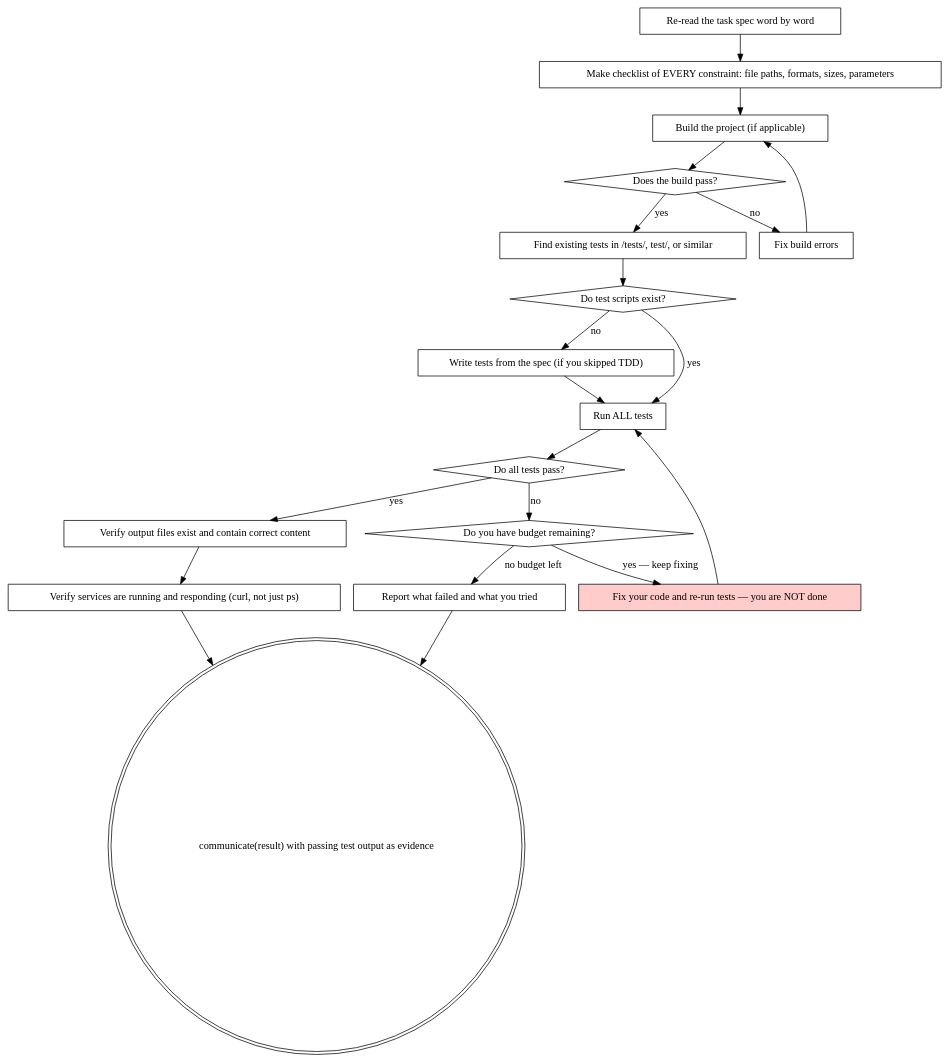
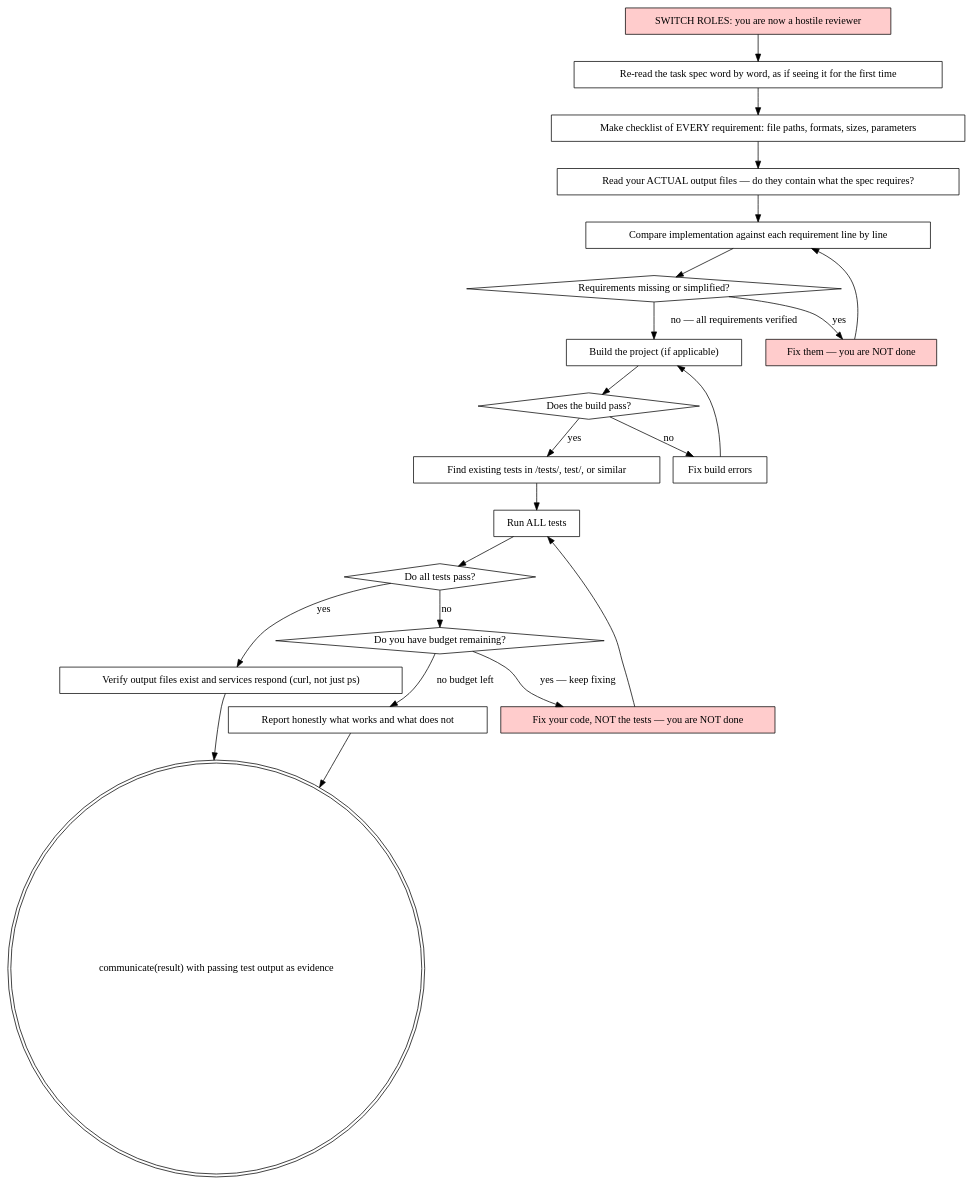
The third of 3 diagrams in agent/prompts/base.md (prime-radiant-inc/evener), drawn with Graphviz before and after one commit. The commit also changed other lines of this file, not shown here.

````diff
--- a/agent/prompts/base.md
+++ b/agent/prompts/base.md
@@ -335,41 +350,45 @@
 ```dot
 digraph verification {
     rankdir=TB;
-    "Re-read the task spec word by word" [shape=box];
-    "Make checklist of EVERY constraint: file paths, formats, sizes, parameters" [shape=box];
+    "SWITCH ROLES: you are now a hostile reviewer" [shape=box style=filled fillcolor="#ffcccc"];
+    "Re-read the task spec word by word, as if seeing it for the first time" [shape=box];
+    "Make checklist of EVERY requirement: file paths, formats, sizes, parameters" [shape=box];
+    "Read your ACTUAL output files — do they contain what the spec requires?" [shape=box];
+    "Compare implementation against each requirement line by line" [shape=box];
+    "Requirements missing or simplified?" [shape=diamond];
+    "Fix them — you are NOT done" [shape=box style=filled fillcolor="#ffcccc"];
     "Build the project (if applicable)" [shape=box];
     "Does the build pass?" [shape=diamond];
     "Fix build errors" [shape=box];
     "Find existing tests in /tests/, test/, or similar" [shape=box];
-    "Do test scripts exist?" [shape=diamond];
-    "Write tests from the spec (if you skipped TDD)" [shape=box];
     "Run ALL tests" [shape=box];
     "Do all tests pass?" [shape=diamond];
     "Do you have budget remaining?" [shape=diamond];
-    "Fix your code and re-run tests — you are NOT done" [shape=box style=filled fillcolor="#ffcccc"];
-    "Report what failed and what you tried" [shape=box];
-    "Verify output files exist and contain correct content" [shape=box];
-    "Verify services are running and responding (curl, not just ps)" [shape=box];
+    "Fix your code, NOT the tests — you are NOT done" [shape=box style=filled fillcolor="#ffcccc"];
+    "Report honestly what works and what does not" [shape=box];
+    "Verify output files exist and services respond (curl, not just ps)" [shape=box];
     "communicate(result) with passing test output as evidence" [shape=doublecircle];
 
-    "Re-read the task spec word by word" -> "Make checklist of EVERY constraint: file paths, formats, sizes, parameters";
-    "Make checklist of EVERY constraint: file paths, formats, sizes, parameters" -> "Build the project (if applicable)";
+    "SWITCH ROLES: you are now a hostile reviewer" -> "Re-read the task spec word by word, as if seeing it for the first time";
+    "Re-read the task spec word by word, as if seeing it for the first time" -> "Make checklist of EVERY requirement: file paths, formats, sizes, parameters";
+    "Make checklist of EVERY requirement: file paths, formats, sizes, parameters" -> "Read your ACTUAL output files — do they contain what the spec requires?";
+    "Read your ACTUAL output files — do they contain what the spec requires?" -> "Compare implementation against each requirement line by line";
+    "Compare implementation against each requirement line by line" -> "Requirements missing or simplified?";
+    "Requirements missing or simplified?" -> "Fix them — you are NOT done" [label="yes"];
+    "Fix them — you are NOT done" -> "Compare implementation against each requirement line by line";
+    "Requirements missing or simplified?" -> "Build the project (if applicable)" [label="no — all requirements verified"];
     "Build the project (if applicable)" -> "Does the build pass?";
     "Does the build pass?" -> "Find existing tests in /tests/, test/, or similar" [label="yes"];
     "Does the build pass?" -> "Fix build errors" [label="no"];
     "Fix build errors" -> "Build the project (if applicable)";
-    "Find existing tests in /tests/, test/, or similar" -> "Do test scripts exist?";
-    "Do test scripts exist?" -> "Run ALL tests" [label="yes"];
-    "Do test scripts exist?" -> "Write tests from the spec (if you skipped TDD)" [label="no"];
-    "Write tests from the spec (if you skipped TDD)" -> "Run ALL tests";
+    "Find existing tests in /tests/, test/, or similar" -> "Run ALL tests";
     "Run ALL tests" -> "Do all tests pass?";
-    "Do all tests pass?" -> "Verify output files exist and contain correct content" [label="yes"];
+    "Do all tests pass?" -> "Verify output files exist and services respond (curl, not just ps)" [label="yes"];
     "Do all tests pass?" -> "Do you have budget remaining?" [label="no"];
-    "Do you have budget remaining?" -> "Fix your code and re-run tests — you are NOT done" [label="yes — keep fixing"];
-    "Do you have budget remaining?" -> "Report what failed and what you tried" [label="no budget left"];
-    "Fix your code and re-run tests — you are NOT done" -> "Run ALL tests";
-    "Report what failed and what you tried" -> "communicate(result) with passing test output as evidence";
-    "Verify output files exist and contain correct content" -> "Verify services are running and responding (curl, not just ps)";
-    "Verify services are running and responding (curl, not just ps)" -> "communicate(result) with passing test output as evidence";
+    "Do you have budget remaining?" -> "Fix your code, NOT the tests — you are NOT done" [label="yes — keep fixing"];
+    "Do you have budget remaining?" -> "Report honestly what works and what does not" [label="no budget left"];
+    "Fix your code, NOT the tests — you are NOT done" -> "Run ALL tests";
+    "Report honestly what works and what does not" -> "communicate(result) with passing test output as evidence";
+    "Verify output files exist and services respond (curl, not just ps)" -> "communicate(result) with passing test output as evidence";
 }
 ```
````
